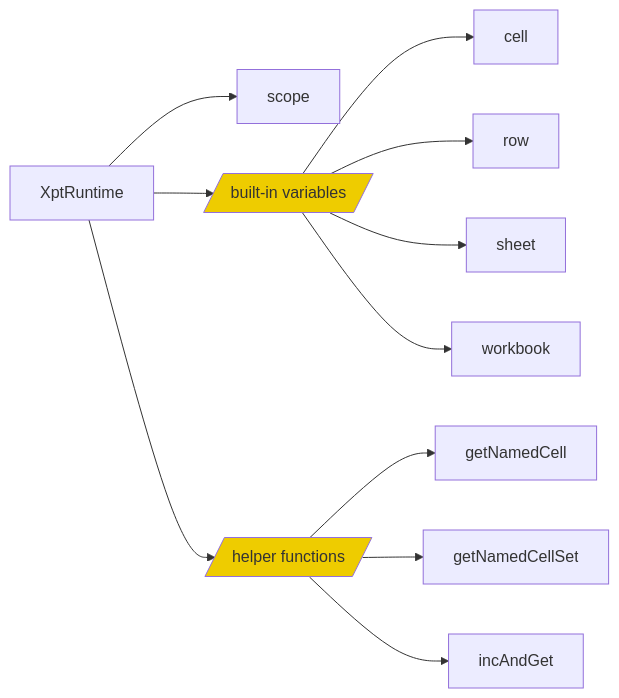
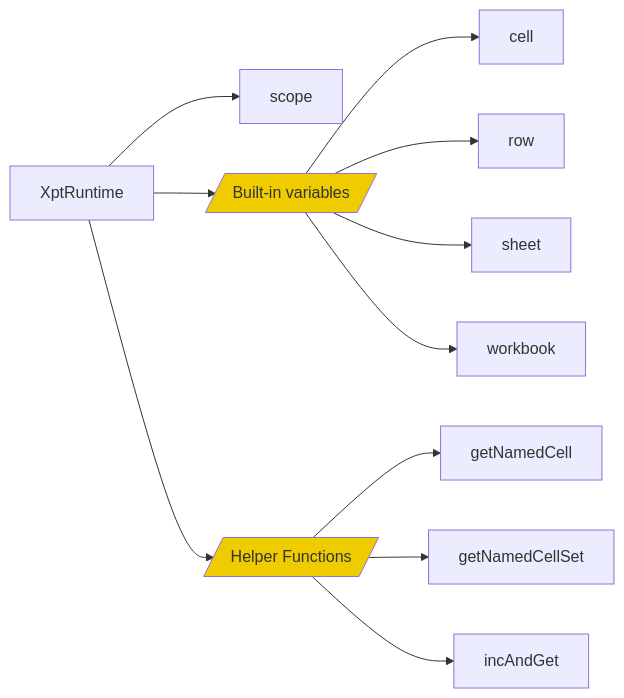
The ninth of 12 diagrams in docs-en/dev-guide/report/report-design.md (entropy-cloud/nop-entropy), drawn with Mermaid before and after one commit. The commit also changed other lines of this file and 562 other files, not shown here.

````diff
--- a/docs-en/dev-guide/report/report-design.md
+++ b/docs-en/dev-guide/report/report-design.md
@@ -388,17 +382,17 @@
 ```mermaid
 graph LR
 
 XptRuntime --> scope
-XptRuntime --> var[/built-in variables/]
+XptRuntime --> var[/Built-in variables/]
 var --> cell
 var --> row
 var --> sheet
 var --> workbook
-XptRuntime --> helpFn[/helper functions/]
+XptRuntime --> helpFn[/Helper Functions/]
 helpFn --> a1[getNamedCell]
 helpFn --> a2[getNamedCellSet]
 helpFn --> a3[incAndGet]
 
 style var fill:#eecc00
 style helpFn fill:#eecc00
 ```
````
